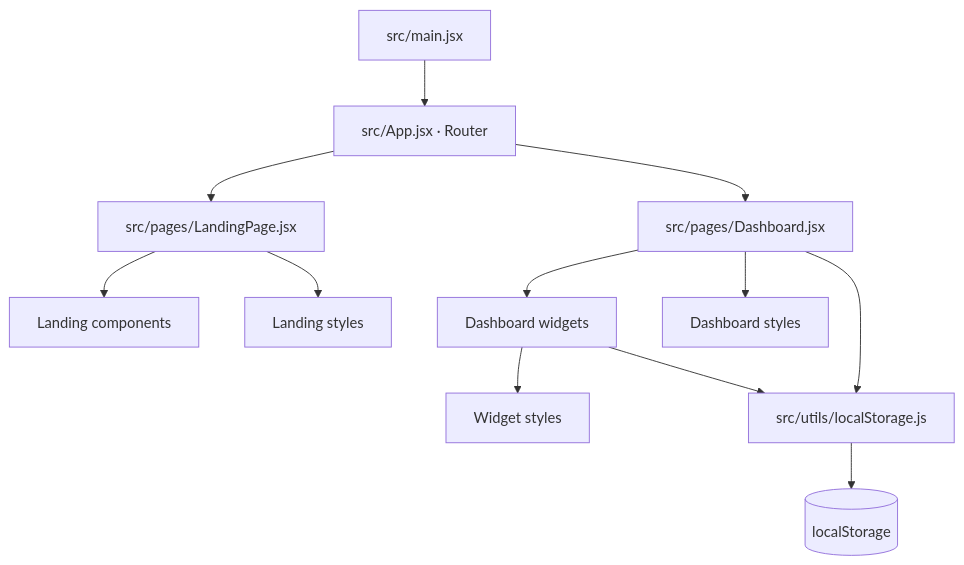
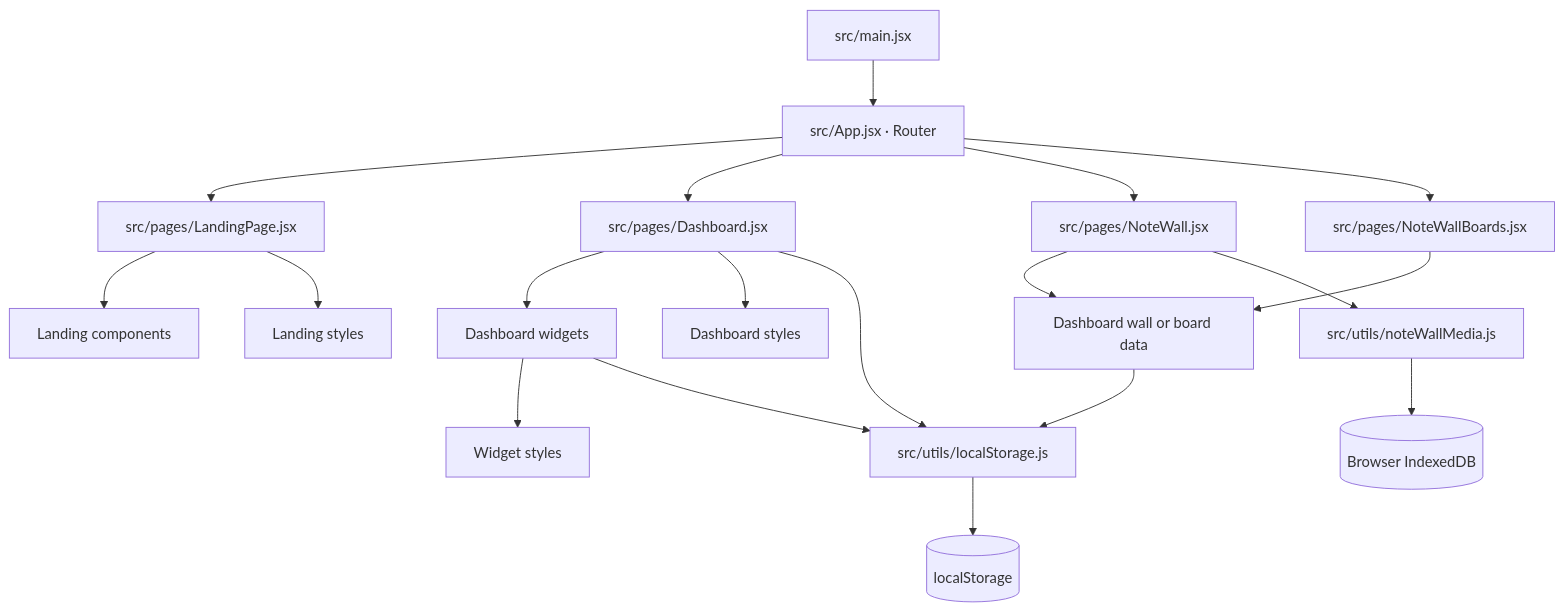
One commit to Ryson-Theo/Kazedesk changed the second of 4 diagrams in ARCHITECTURE.md. Above: the diagram before and after it, drawn with Mermaid. The commit also changed other lines of this file and 3 other files, not shown here.

````diff
--- a/ARCHITECTURE.md
+++ b/ARCHITECTURE.md
@@ -47,14 +57,21 @@
 ```mermaid
 flowchart TD
     Entry["src/main.jsx"] --> App["src/App.jsx · Router"]
     App --> LandingPage["src/pages/LandingPage.jsx"]
     App --> DashboardPage["src/pages/Dashboard.jsx"]
+    App --> NoteWall["src/pages/NoteWall.jsx"]
+    App --> BoardManager["src/pages/NoteWallBoards.jsx"]
     LandingPage --> LandingComponents["Landing components"]
     LandingPage --> LandingStyles["Landing styles"]
     DashboardPage --> DashboardWidgets["Dashboard widgets"]
+    NoteWall --> WallStorage["Dashboard wall or board data"]
+    BoardManager --> WallStorage
+    NoteWall --> AttachmentStorage["src/utils/noteWallMedia.js"]
     DashboardPage --> DashboardStyles["Dashboard styles"]
     DashboardWidgets --> WidgetStyles["Widget styles"]
     DashboardWidgets --> StorageHelpers["src/utils/localStorage.js"]
     DashboardPage --> StorageHelpers
+    WallStorage --> StorageHelpers
     StorageHelpers --> BrowserStorage[(localStorage)]
+    AttachmentStorage --> IndexedDB[(Browser IndexedDB)]
 ```
````
